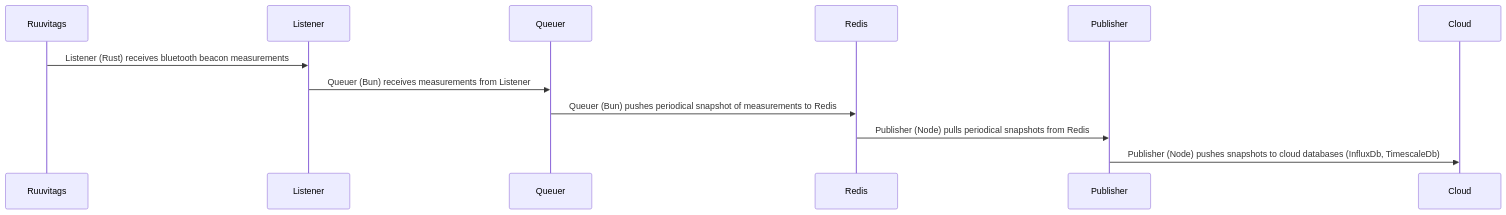
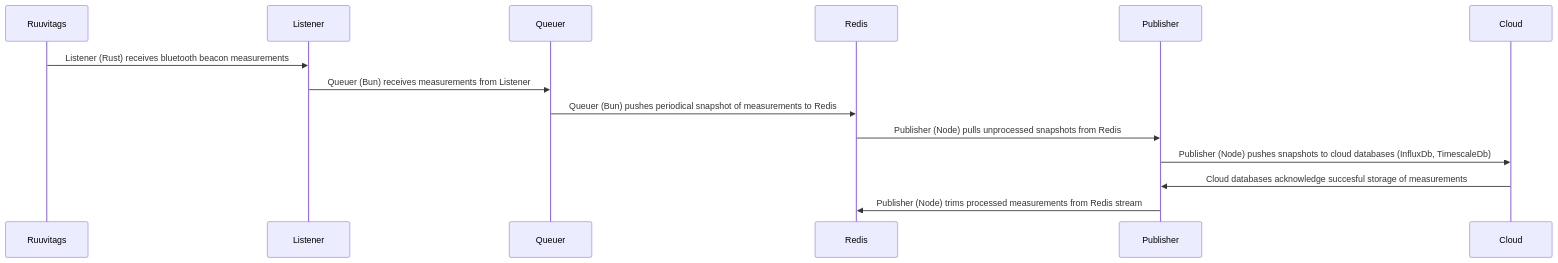
Before and after one commit to unkhz/ruuvipuserrin: the diagram in README.md, drawn with Mermaid. The commit also changed other lines of this file, not shown here.

Commit message:
Update sequence diagram

````diff
--- a/README.md
+++ b/README.md
@@ -11,8 +11,10 @@
 ```mermaid
 sequenceDiagram
     Ruuvitags->>Listener: Listener (Rust) receives bluetooth beacon measurements
     Listener->>Queuer: Queuer (Bun) receives measurements from Listener
     Queuer->>Redis: Queuer (Bun) pushes periodical snapshot of measurements to Redis
-    Redis->>Publisher: Publisher (Node) pulls periodical snapshots from Redis
-    Publisher->>Cloud: Publisher (Node) pushes snapshots to cloud databases (InfluxDb, TimescaleDb) 
+    Redis->>Publisher: Publisher (Node) pulls unprocessed snapshots from Redis
+    Publisher->>Cloud: Publisher (Node) pushes snapshots to cloud databases (InfluxDb, TimescaleDb)
+    Cloud->>Publisher: Cloud databases acknowledge succesful storage of measurements
+    Publisher->>Redis: Publisher (Node) trims processed measurements from Redis stream
 ```
````
